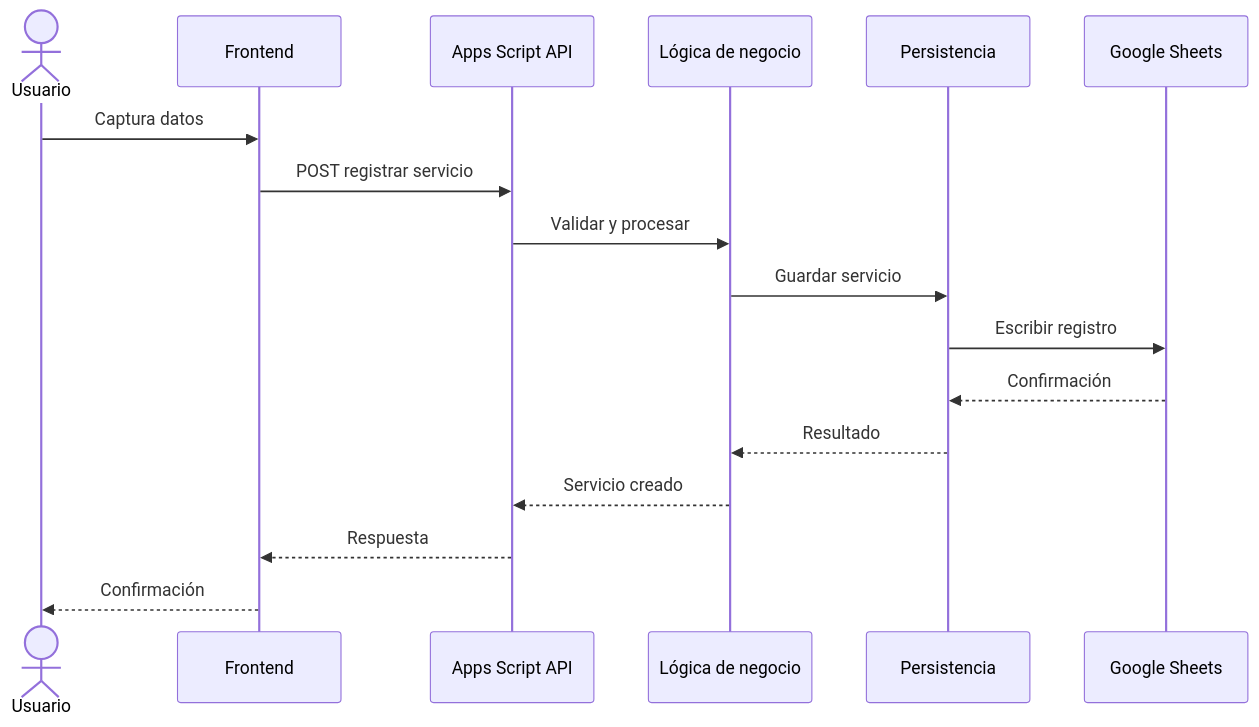
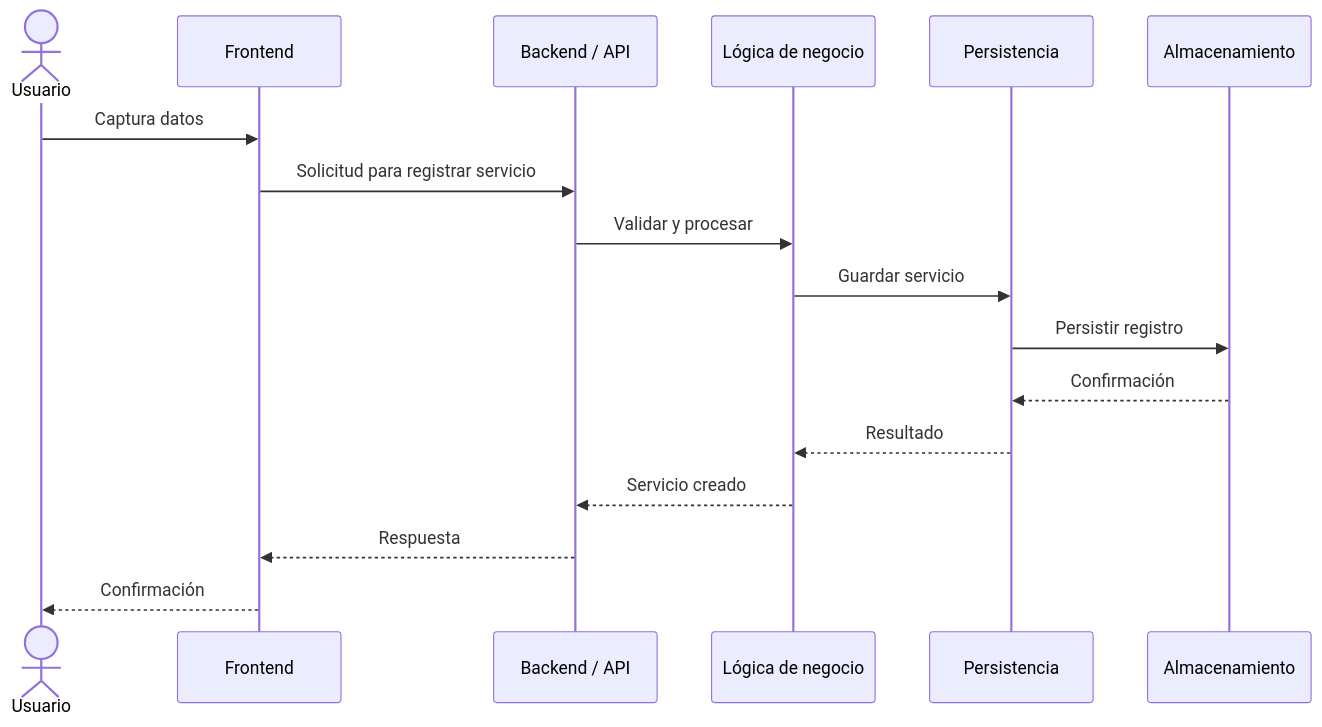
The third of 7 diagrams in docs/03-arquitectura.md (balderasalberto/eventos-sociales), drawn with Mermaid before and after one commit. The commit also changed other lines of this file, not shown here.

Commit message:
docs: make architecture agent-agnostic

````diff
--- a/docs/03-arquitectura.md
+++ b/docs/03-arquitectura.md
@@ -100,20 +101,20 @@
 ```mermaid
 sequenceDiagram
     actor Usuario
     participant Frontend
-    participant API as Apps Script API
+    participant API as Backend / API
     participant Business as Lógica de negocio
     participant Data as Persistencia
-    participant Sheets as Google Sheets
+    participant Storage as Almacenamiento
 
     Usuario->>Frontend: Captura datos
-    Frontend->>API: POST registrar servicio
+    Frontend->>API: Solicitud para registrar servicio
     API->>Business: Validar y procesar
     Business->>Data: Guardar servicio
-    Data->>Sheets: Escribir registro
-    Sheets-->>Data: Confirmación
+    Data->>Storage: Persistir registro
+    Storage-->>Data: Confirmación
     Data-->>Business: Resultado
     Business-->>API: Servicio creado
     API-->>Frontend: Respuesta
     Frontend-->>Usuario: Confirmación
 ```
````
